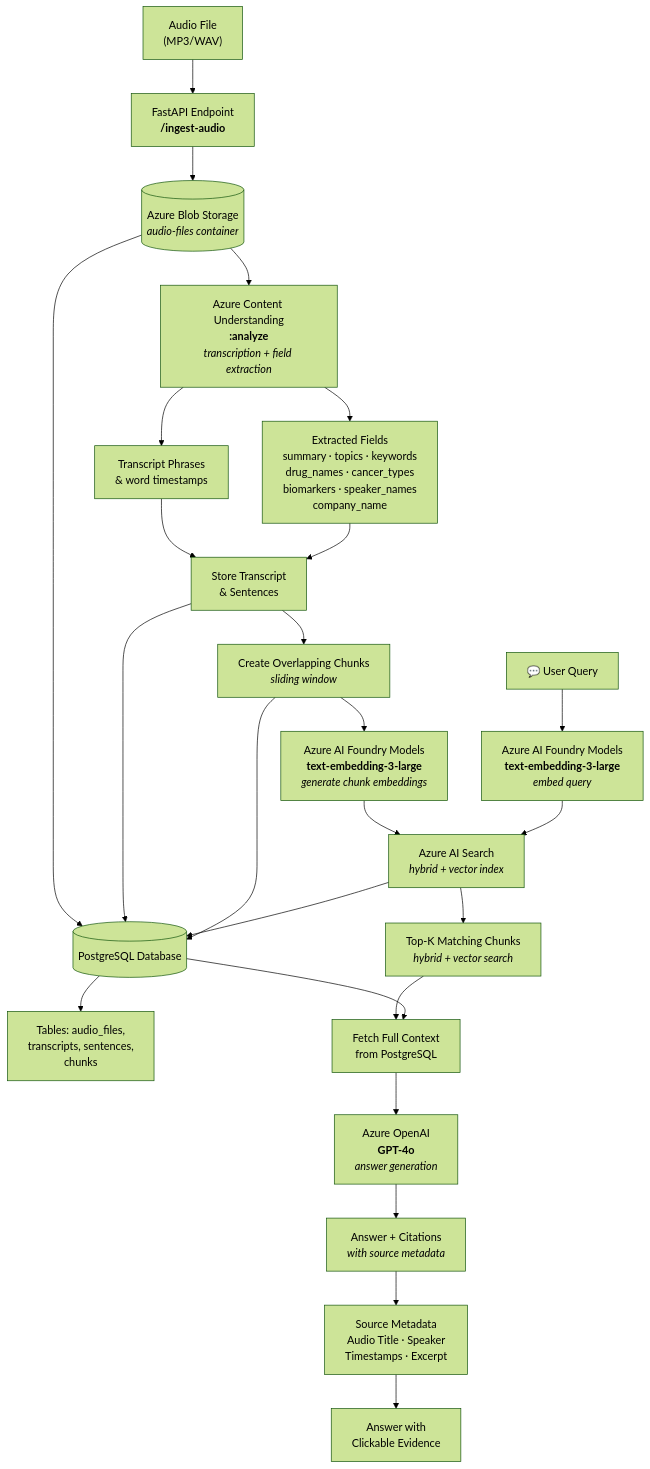
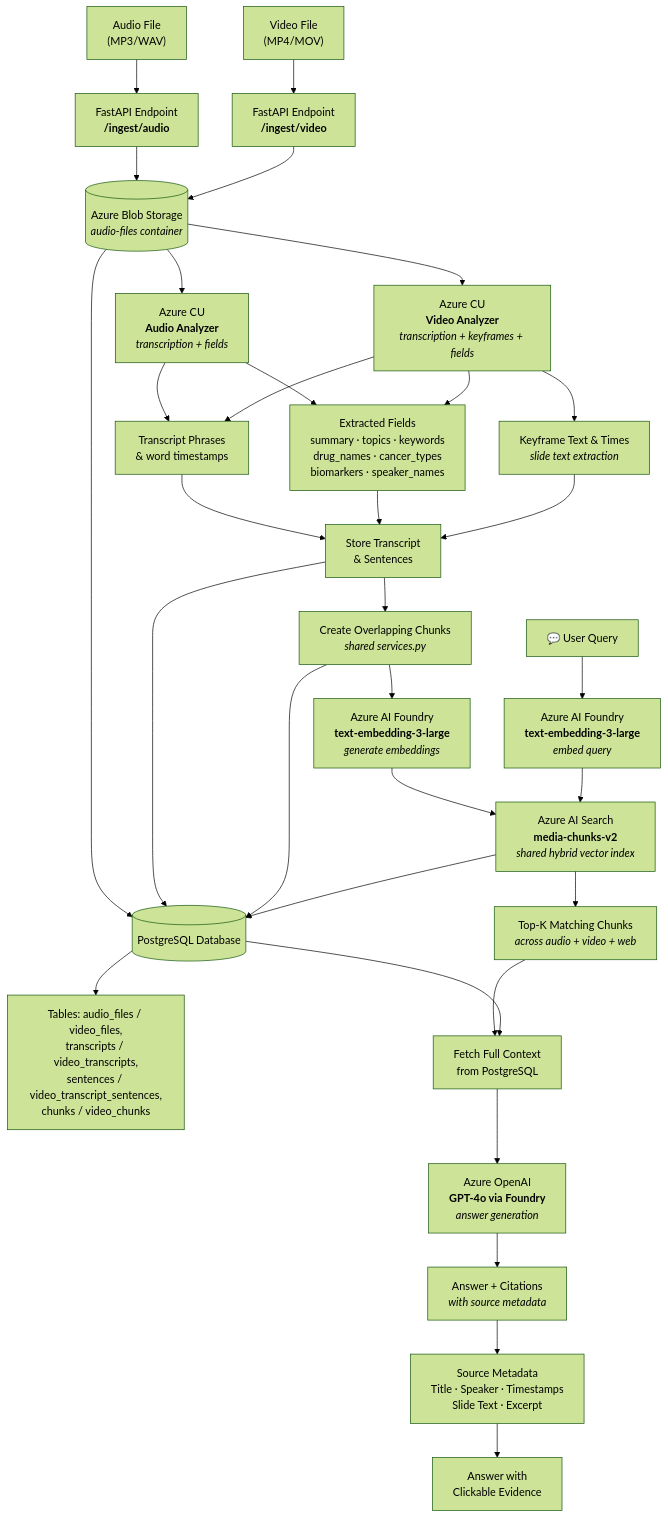
Before and after one commit to harshraji3/video-download: the diagram in audio_azure_architecture.mmd, drawn with Mermaid (forest theme). The commit also changed 15 other files, not shown here.

Commit message:
audio+video

```diff
--- a/audio_azure_architecture.mmd
+++ b/audio_azure_architecture.mmd
@@ -1,45 +1,53 @@
 flowchart TD
 
-  %% ========== INGESTION ==========
-  A["Audio File<br/>(MP3/WAV)"] --> B["FastAPI Endpoint<br/><b>/ingest-audio</b>"]
+  %% ========== INGESTION (Audio &amp; Video) ==========
+  A1["Audio File<br/>(MP3/WAV)"] --> B1["FastAPI Endpoint<br/><b>/ingest/audio</b>"]
+  A2["Video File<br/>(MP4/MOV)"] --> B2["FastAPI Endpoint<br/><b>/ingest/video</b>"]
 
-  B --> C[("Azure Blob Storage<br/><i>audio-files container</i>")]
-  C --> D["Azure Content Understanding<br/><b>:analyze</b><br/><i>transcription + field extraction</i>"]
+  B1 --> C[("Azure Blob Storage<br/><i>audio-files container</i>")]
+  B2 --> C
 
-  D --> E1["Transcript Phrases<br/>& word timestamps"]
-  D --> E2["Extracted Fields<br/>summary · topics · keywords<br/>drug_names · cancer_types<br/>biomarkers · speaker_names<br/>company_name"]
+  C --> D1["Azure CU<br/><b>Audio Analyzer</b><br/><i>transcription + fields</i>"]
+  C --> D2["Azure CU<br/><b>Video Analyzer</b><br/><i>transcription + keyframes + fields</i>"]
 
-  E1 --> F["Store Transcript<br/>& Sentences"]
+  D1 --> E1["Transcript Phrases<br/>&amp; word timestamps"]
+  D1 --> E2["Extracted Fields<br/>summary · topics · keywords<br/>drug_names · cancer_types<br/>biomarkers · speaker_names"]
+  D2 --> E1
+  D2 --> E2
+  D2 --> E3["Keyframe Text &amp; Times<br/><i>slide text extraction</i>"]
+
+  E1 --> F["Store Transcript<br/>&amp; Sentences"]
   E2 --> F
+  E3 --> F
 
-  F --> G["Create Overlapping Chunks<br/><i>sliding window</i>"]
+  F --> G["Create Overlapping Chunks<br/><i>shared services.py</i>"]
 
-  G --> H["Azure AI Foundry Models<br/><b>text-embedding-3-large</b><br/><i>generate chunk embeddings</i>"]
+  G --> H["Azure AI Foundry<br/><b>text-embedding-3-large</b><br/><i>generate embeddings</i>"]
 
-  H --> I["Azure AI Search<br/><i>hybrid + vector index</i>"]
+  H --> I["Azure AI Search<br/><b>media-chunks-v2</b><br/><i>shared hybrid vector index</i>"]
 
   C --> J[("PostgreSQL Database")]
   F --> J
   G --> J
   I --> J
 
-  J --> K["Tables: audio_files,<br/>transcripts, sentences,<br/>chunks"]
+  J --> K["Tables: audio_files / video_files,<br/>transcripts / video_transcripts,<br/>sentences / video_transcript_sentences,<br/>chunks / video_chunks"]
 
   %% ========== RETRIEVAL ==========
-  L["💬 User Query"] --> M["Azure AI Foundry Models<br/><b>text-embedding-3-large</b><br/><i>embed query</i>"]
+  L["💬 User Query"] --> M["Azure AI Foundry<br/><b>text-embedding-3-large</b><br/><i>embed query</i>"]
 
   M --> I
 
-  I --> N["Top-K Matching Chunks<br/><i>hybrid + vector search</i>"]
+  I --> N["Top-K Matching Chunks<br/><i>across audio + video + web</i>"]
 
   N --> O["Fetch Full Context<br/>from PostgreSQL"]
 
   J --> O
 
-  O --> P["Azure OpenAI<br/><b>GPT-4o</b><br/><i>answer generation</i>"]
+  O --> P["Azure OpenAI<br/><b>GPT-4o via Foundry</b><br/><i>answer generation</i>"]
 
   P --> Q["Answer + Citations<br/><i>with source metadata</i>"]
 
-  Q --> R["Source Metadata<br/>Audio Title · Speaker<br/>Timestamps · Excerpt"]
+  Q --> R["Source Metadata<br/>Title · Speaker · Timestamps<br/>Slide Text · Excerpt"]
 
   R --> S["Answer with<br/>Clickable Evidence"]
```
